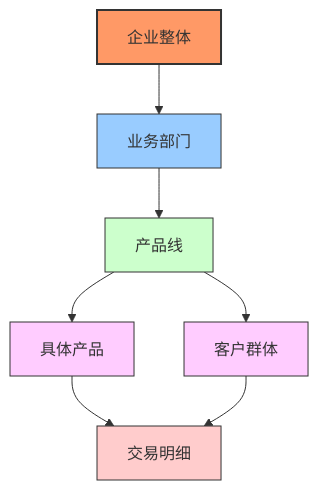
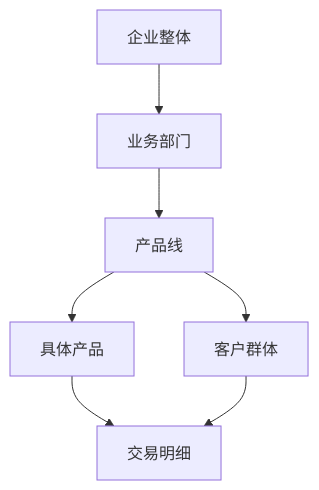
One commit to amcoimg/my-digital-garden changed the second of 3 diagrams in src/site/notes/08-财务专业/财务BI看板项目/设计稿/交互设计/财务看板交互指南.md. Above: the diagram before and after it, drawn with Mermaid. The commit also changed other lines of this file and 2 other files, not shown here.

````diff
--- a/src/site/notes/08-财务专业/财务BI看板项目/设计稿/交互设计/财务看板交互指南.md
+++ b/src/site/notes/08-财务专业/财务BI看板项目/设计稿/交互设计/财务看板交互指南.md
@@ -90,16 +85,9 @@
 ```mermaid
 graph TD
     A[企业整体] --> B[业务部门]
     B --> C[产品线]
     C --> D[具体产品]
     C --> E[客户群体]
     D --> F[交易明细]
     E --> F
-    
-    style A fill:#f96,stroke:#333,stroke-width:2px
-    style B fill:#9cf,stroke:#333,stroke-width:1px
-    style C fill:#cfc,stroke:#333,stroke-width:1px
-    style D fill:#fcf,stroke:#333,stroke-width:1px
-    style E fill:#fcf,stroke:#333,stroke-width:1px
-    style F fill:#fcc,stroke:#333,stroke-width:1px
 ```
````
